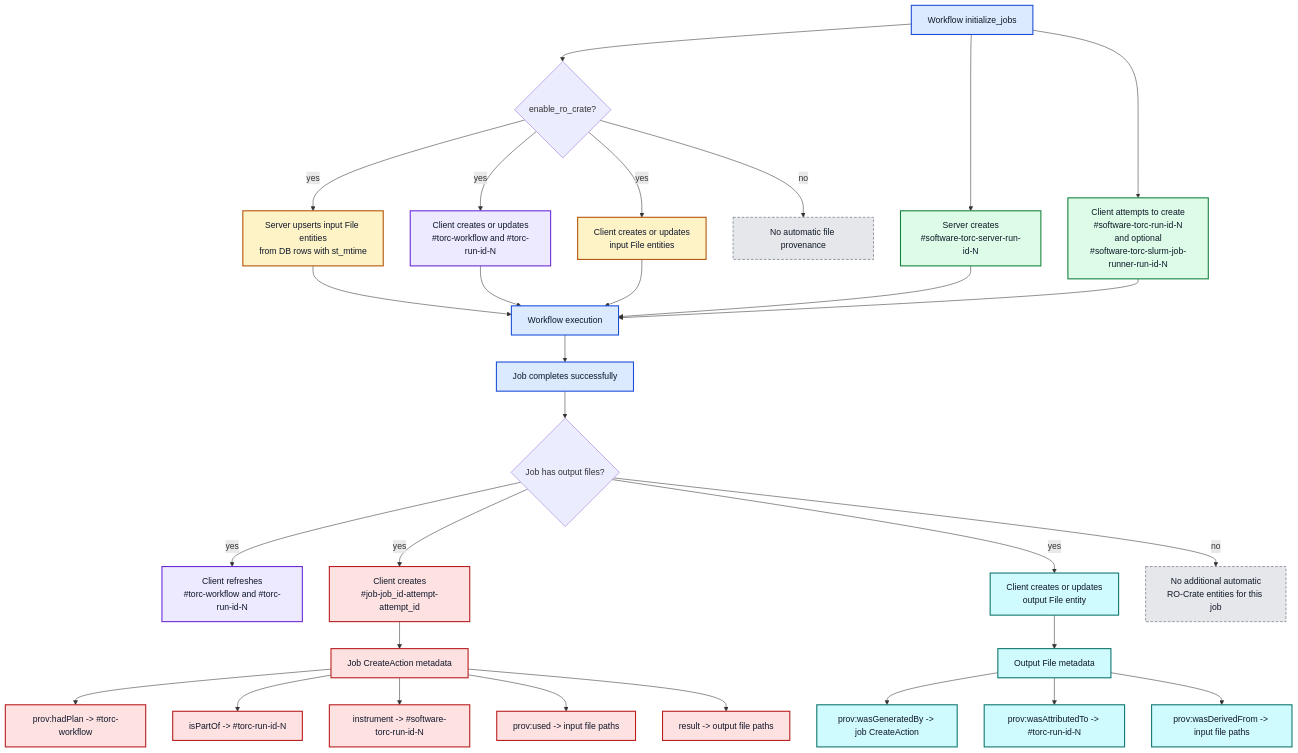
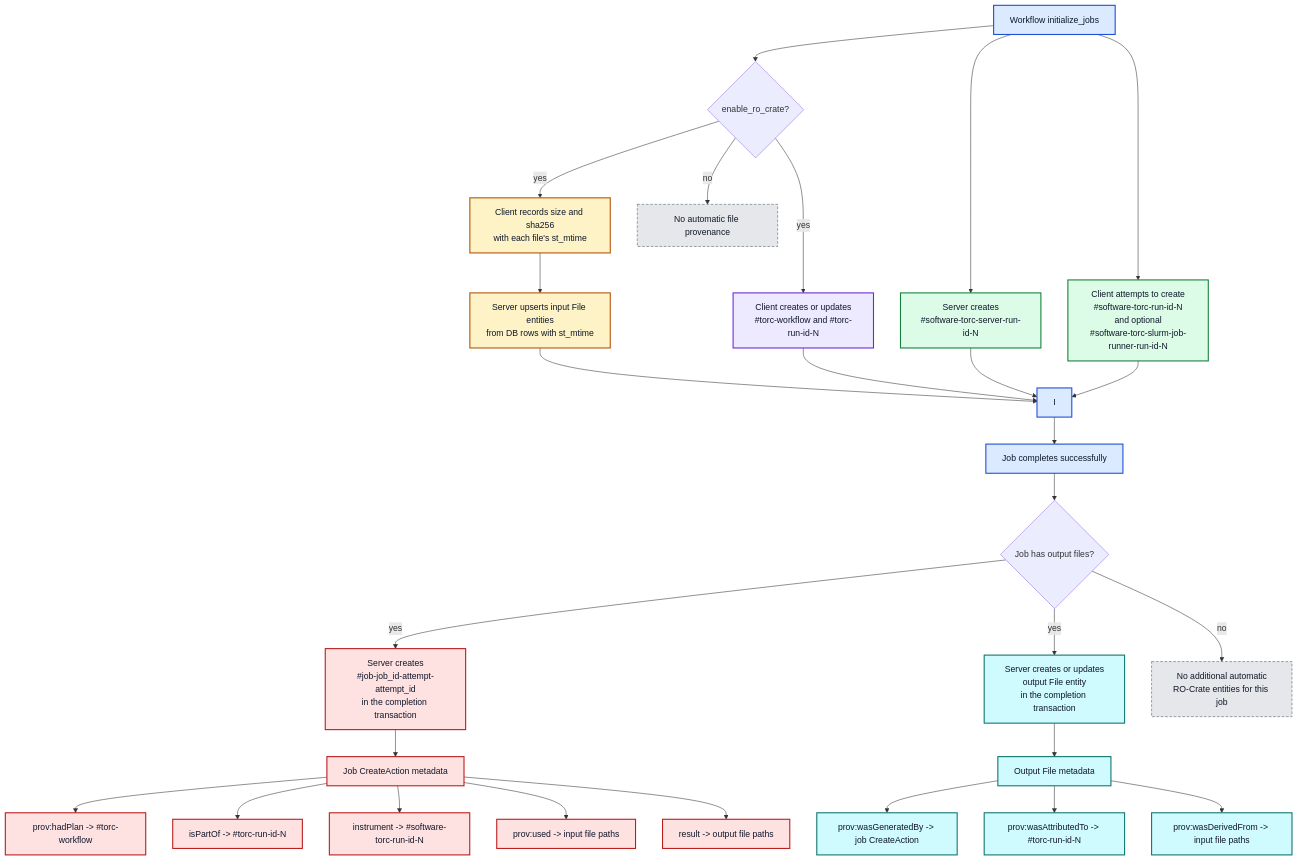
One commit to NatLabRockies/torc changed the diagram in docs/src/specialized/design/ro-crate.md. Above: the diagram before and after it, drawn with Mermaid. The commit also changed other lines of this file and 48 other files, not shown here.

````diff
--- a/docs/src/specialized/design/ro-crate.md
+++ b/docs/src/specialized/design/ro-crate.md
@@ -35,52 +35,50 @@
 ```mermaid
 flowchart TD
     A[Workflow initialize_jobs] --> B{enable_ro_crate?}
     A --> C[Server creates<br/>#software-torc-server-run-id-N]
     A --> D[Client attempts to create<br/>#software-torc-run-id-N<br/>and optional<br/>#software-torc-slurm-job-runner-run-id-N]
 
-    B -->|yes| E[Server upserts input File entities<br/>from DB rows with st_mtime]
+    B -->|yes| G[Client records size and sha256<br/>with each file's st_mtime]
+    G --> E[Server upserts input File entities<br/>from DB rows with st_mtime]
     B -->|yes| F[Client creates or updates<br/>#torc-workflow and #torc-run-id-N]
-    B -->|yes| G[Client creates or updates<br/>input File entities]
     B -->|no| H[No automatic file provenance]
 
-    G --> I[Workflow execution]
     E --> I
     F --> I
     C --> I
     D --> I
 
     I --> J[Job completes successfully]
     J --> J2{Job has output files?}
-    J2 -->|yes| K[Client refreshes<br/>#torc-workflow and #torc-run-id-N]
-    J2 -->|yes| L[Client creates<br/>#job-job_id-attempt-attempt_id]
-    J2 -->|yes| M[Client creates or updates<br/>output File entity]
+    J2 -->|yes| L[Server creates<br/>#job-job_id-attempt-attempt_id<br/>in the completion transaction]
+    J2 -->|yes| M[Server creates or updates<br/>output File entity<br/>in the completion transaction]
     J2 -->|no| P[No additional automatic<br/>RO-Crate entities for this job]
 
     L --> N[Job CreateAction metadata]
     N --> N1[prov:hadPlan -> #torc-workflow]
     N --> N2[isPartOf -> #torc-run-id-N]
     N --> N3[instrument -> #software-torc-run-id-N]
     N --> N4[prov:used -> input file paths]
     N --> N5[result -> output file paths]
 
     M --> O[Output File metadata]
     O --> O1[prov:wasGeneratedBy -> job CreateAction]
     O --> O2[prov:wasAttributedTo -> #torc-run-id-N]
     O --> O3[prov:wasDerivedFrom -> input file paths]
 
     classDef init fill:#dbeafe,stroke:#1d4ed8,color:#0f172a,stroke-width:2px;
     classDef software fill:#dcfce7,stroke:#15803d,color:#0f172a,stroke-width:2px;
     classDef input fill:#fef3c7,stroke:#b45309,color:#0f172a,stroke-width:2px;
     classDef run fill:#ede9fe,stroke:#6d28d9,color:#0f172a,stroke-width:2px;
     classDef job fill:#fee2e2,stroke:#b91c1c,color:#0f172a,stroke-width:2px;
     classDef output fill:#cffafe,stroke:#0f766e,color:#0f172a,stroke-width:2px;
     classDef disabled fill:#e5e7eb,stroke:#4b5563,color:#111827,stroke-dasharray: 5 3;
 
     class A,I,J init;
     class C,D software;
     class E,G input;
-    class F,K run;
+    class F run;
     class L,N,N1,N2,N3,N4,N5 job;
     class M,O,O1,O2,O3 output;
     class H,P disabled;
 ```
````
